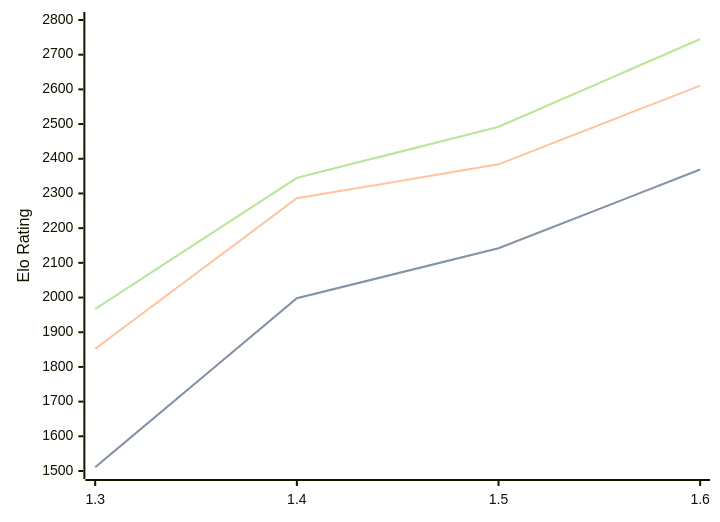
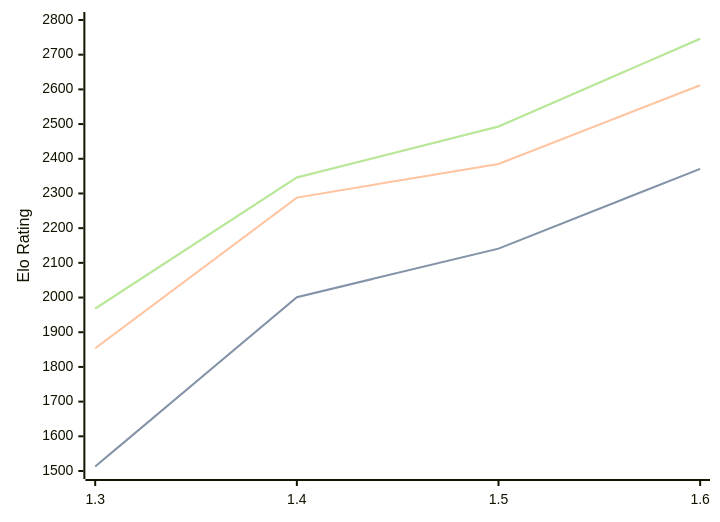
Before and after one commit to computer-chess-index/cci: the diagram in engines/Facon.md, drawn with Mermaid. The commit also changed other lines of this file, not shown here.

Commit message:
Update CCI Ratings (ELO VLTC) - 2026-08-22

````diff
--- a/engines/Facon.md
+++ b/engines/Facon.md
@@ -35,11 +35,11 @@
 ```mermaid
 %%{init: {"theme":"base","themeVariables":{"seriesColors:['#a3a3a3','#222221','#faa371']}}}%%
 xychart-beta
   x-axis ["1.3", "1.4", "1.5", "1.6"]
   y-axis "Elo Rating" 1500 --> 2800
-  line "STC (8.0+0.08s)" [1511, 1998, 2142, 2369]
-  line "STC (8.0+0.08s)" [1511, 1998, 2142, 2369]
-  line "LTC (60.0+0.60s)" [1852, 2286, 2384, 2611]
-  line "VLTC (2m24s+1.12s)" [1967, 2345, 2492, 2745]
-  line "VLTC (2m24s+1.12s)" [1967, 2345, 2492, 2745]
+  line "STC (8.0+0.08s)" [1513, 2001, 2141, 2371]
+  line "STC (8.0+0.08s)" [1513, 2001, 2141, 2371]
+  line "LTC (60.0+0.60s)" [1854, 2288, 2385, 2612]
+  line "VLTC (2m24s+1.12s)" [1968, 2346, 2493, 2746]
+  line "VLTC (2m24s+1.12s)" [1968, 2346, 2493, 2746]
 ```
````
